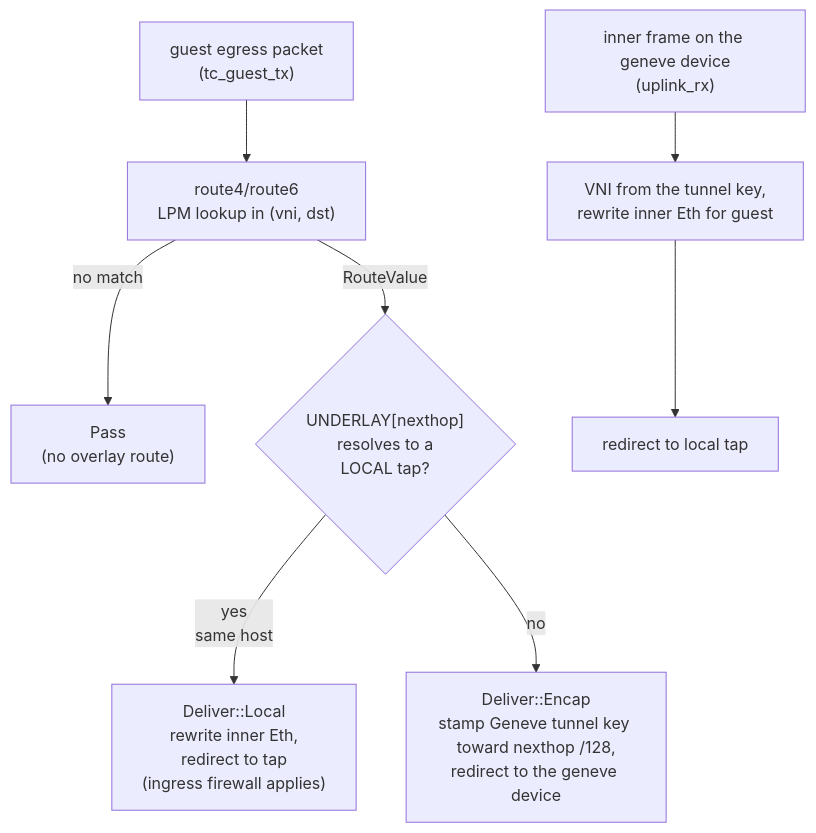
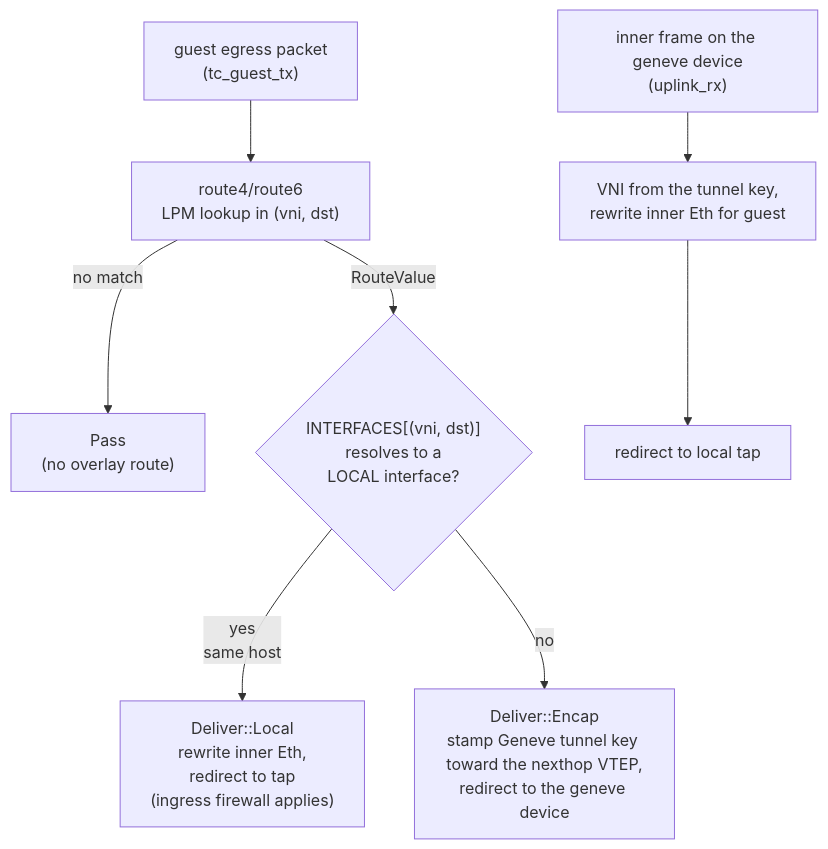
The diagram in docs/features/routing-vni.md (trevex/ectobase), drawn with Mermaid before and after one commit. The commit also changed other lines of this file and 35 other files, not shown here.

````diff
--- a/docs/features/routing-vni.md
+++ b/docs/features/routing-vni.md
@@ -52,11 +56,11 @@
 ```mermaid
 flowchart TD
     tx["guest egress packet<br/>(tc_guest_tx)"] --> lookup["route4/route6<br/>LPM lookup in (vni, dst)"]
     lookup -->|no match| pass["Pass<br/>(no overlay route)"]
-    lookup -->|RouteValue| deliver{"UNDERLAY[nexthop]<br/>resolves to a<br/>LOCAL tap?"}
+    lookup -->|RouteValue| deliver{"INTERFACES[(vni, dst)]<br/>resolves to a<br/>LOCAL interface?"}
     deliver -->|yes<br/>same host| local["Deliver::Local<br/>rewrite inner Eth,<br/>redirect to tap<br/>(ingress firewall applies)"]
-    deliver -->|no| encap["Deliver::Encap<br/>stamp Geneve tunnel key toward nexthop /128,<br/>redirect to the geneve device"]
+    deliver -->|no| encap["Deliver::Encap<br/>stamp Geneve tunnel key toward the nexthop VTEP,<br/>redirect to the geneve device"]
 
     rx["inner frame on the geneve device<br/>(uplink_rx)"] --> decap["VNI from the tunnel key,<br/>rewrite inner Eth for guest"]
     decap --> redirect["redirect to local tap"]
 ```
````
